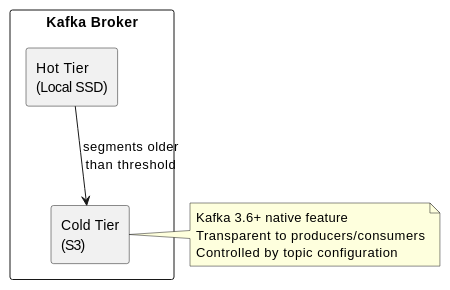
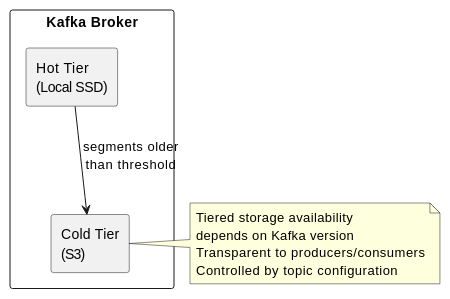
One commit to axonops/documentation changed the fourth of 5 diagrams in docs/data-platforms/kafka/concepts/kafka-connect/cloud-storage.md. Above: the diagram before and after it, drawn with PlantUML. The commit also changed other lines of this file and 13 other files, not shown here.

````diff
--- a/docs/data-platforms/kafka/concepts/kafka-connect/cloud-storage.md
+++ b/docs/data-platforms/kafka/concepts/kafka-connect/cloud-storage.md
@@ -186,20 +186,21 @@
 ```plantuml
 @startuml
 
 skinparam backgroundColor transparent
 
 rectangle "Kafka Broker" as broker {
   rectangle "Hot Tier\n(Local SSD)" as hot
   rectangle "Cold Tier\n(S3)" as cold
 }
 
 hot --> cold : segments older\nthan threshold
 
 note right of cold
-  Kafka 3.6+ native feature
+  Tiered storage availability
+  depends on Kafka version
   Transparent to producers/consumers
   Controlled by topic configuration
 end note
 
 @enduml
 ```
````
